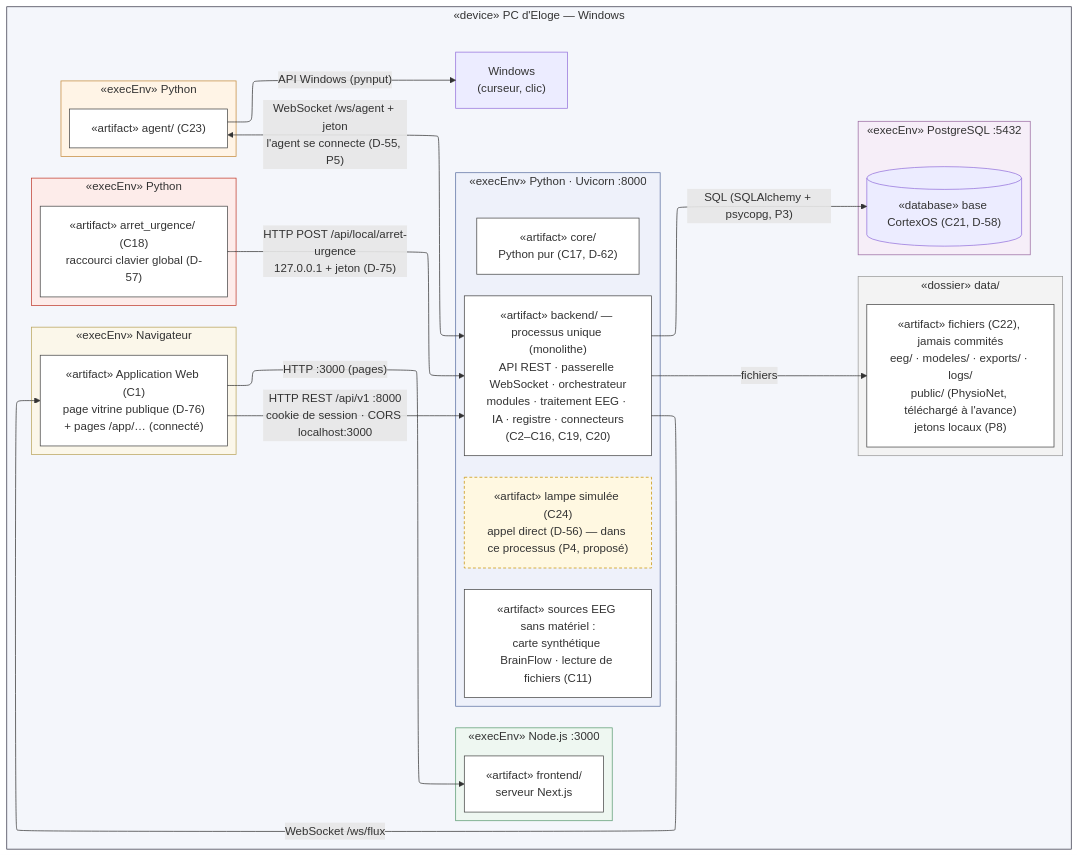
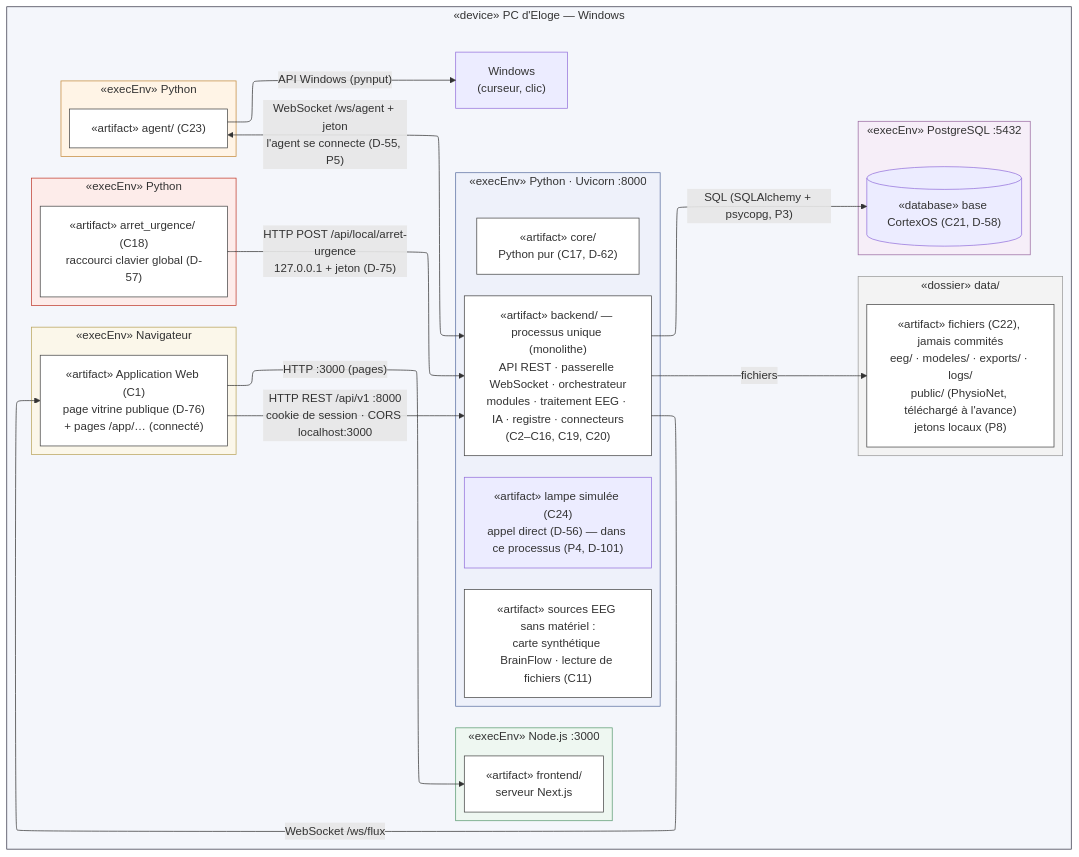
Before and after one commit to eloge9/CortexOS-IA: the diagram in docs/diagrammes/diag-08a-deploiement-pc.md, drawn with Mermaid. The commit also changed other lines of this file and 11 other files, not shown here.

````diff
--- a/docs/diagrammes/diag-08a-deploiement-pc.md
+++ b/docs/diagrammes/diag-08a-deploiement-pc.md
@@ -35,56 +34,55 @@
 ```mermaid
 ---
 config:
   layout: elk
 ---
 flowchart LR
   subgraph PC["«device» PC d'Eloge — Windows"]
     subgraph NAV["«execEnv» Navigateur"]
       aWeb["«artifact» Application Web (C1)<br/>page vitrine publique (D-76)<br/>+ pages /app/… (connecté)"]
     end
     subgraph NODE["«execEnv» Node.js :3000"]
       aFront["«artifact» frontend/<br/>serveur Next.js"]
     end
     subgraph PY["«execEnv» Python · Uvicorn :8000"]
       aBack["«artifact» backend/ — processus unique (monolithe)<br/>API REST · passerelle WebSocket · orchestrateur<br/>modules · traitement EEG · IA · registre · connecteurs<br/>(C2–C16, C19, C20)"]
       aCore["«artifact» core/<br/>Python pur (C17, D-62)"]
       aSrc["«artifact» sources EEG sans matériel :<br/>carte synthétique BrainFlow · lecture de fichiers (C11)"]
-      aLampe["«artifact» lampe simulée (C24)<br/>appel direct (D-56) — dans ce processus (P4, proposé)"]
+      aLampe["«artifact» lampe simulée (C24)<br/>appel direct (D-56) — dans ce processus (P4, D-101)"]
     end
     subgraph AGP["«execEnv» Python"]
       aAgent["«artifact» agent/ (C23)"]
     end
     subgraph AUP["«execEnv» Python"]
       aAU["«artifact» arret_urgence/ (C18)<br/>raccourci clavier global (D-57)"]
     end
     subgraph PGS["«execEnv» PostgreSQL :5432"]
       db[("«database» base CortexOS (C21, D-58)")]
     end
     subgraph DATA["«dossier» data/"]
       fData["«artifact» fichiers (C22), jamais commités<br/>eeg/ · modeles/ · exports/ · logs/<br/>public/ (PhysioNet, téléchargé à l'avance)<br/>jetons locaux (P8)"]
     end
     os["Windows<br/>(curseur, clic)"]
   end
 
   aWeb -- "HTTP :3000 (pages)" --> aFront
   aWeb -- "HTTP REST /api/v1 :8000<br/>cookie de session · CORS localhost:3000" --> aBack
   aBack -- "WebSocket /ws/flux" --> aWeb
   aAgent <-- "WebSocket /ws/agent + jeton<br/>l'agent se connecte (D-55, P5)" --> aBack
   aAU -- "HTTP POST /api/local/arret-urgence<br/>127.0.0.1 + jeton (D-75)" --> aBack
   aAgent -- "API Windows (pynput)" --> os
   aBack -- "SQL (SQLAlchemy + psycopg, P3)" --> db
   aBack -- "fichiers" --> fData
 
   classDef art fill:#fff,stroke:#444
   classDef prop fill:#fff8e1,stroke:#c79100,stroke-dasharray:4 3
   class aWeb,aFront,aBack,aCore,aSrc,aAgent,aAU,fData art
-  class aLampe prop
   style PC fill:#f4f6fb,stroke:#334
   style NAV fill:#fbf7ea,stroke:#b9a45a
   style NODE fill:#eef7f1,stroke:#5a9a70
   style PY fill:#eef1fa,stroke:#5a6fa0
   style AGP fill:#fff4e6,stroke:#c58a3a
   style AUP fill:#fdecea,stroke:#c0392b
   style PGS fill:#f6eef8,stroke:#9a6aa0
   style DATA fill:#f3f3f3,stroke:#999
 ```
````
